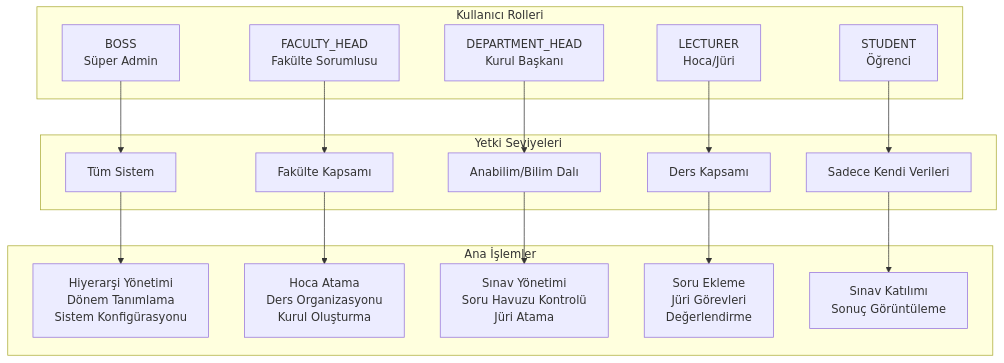
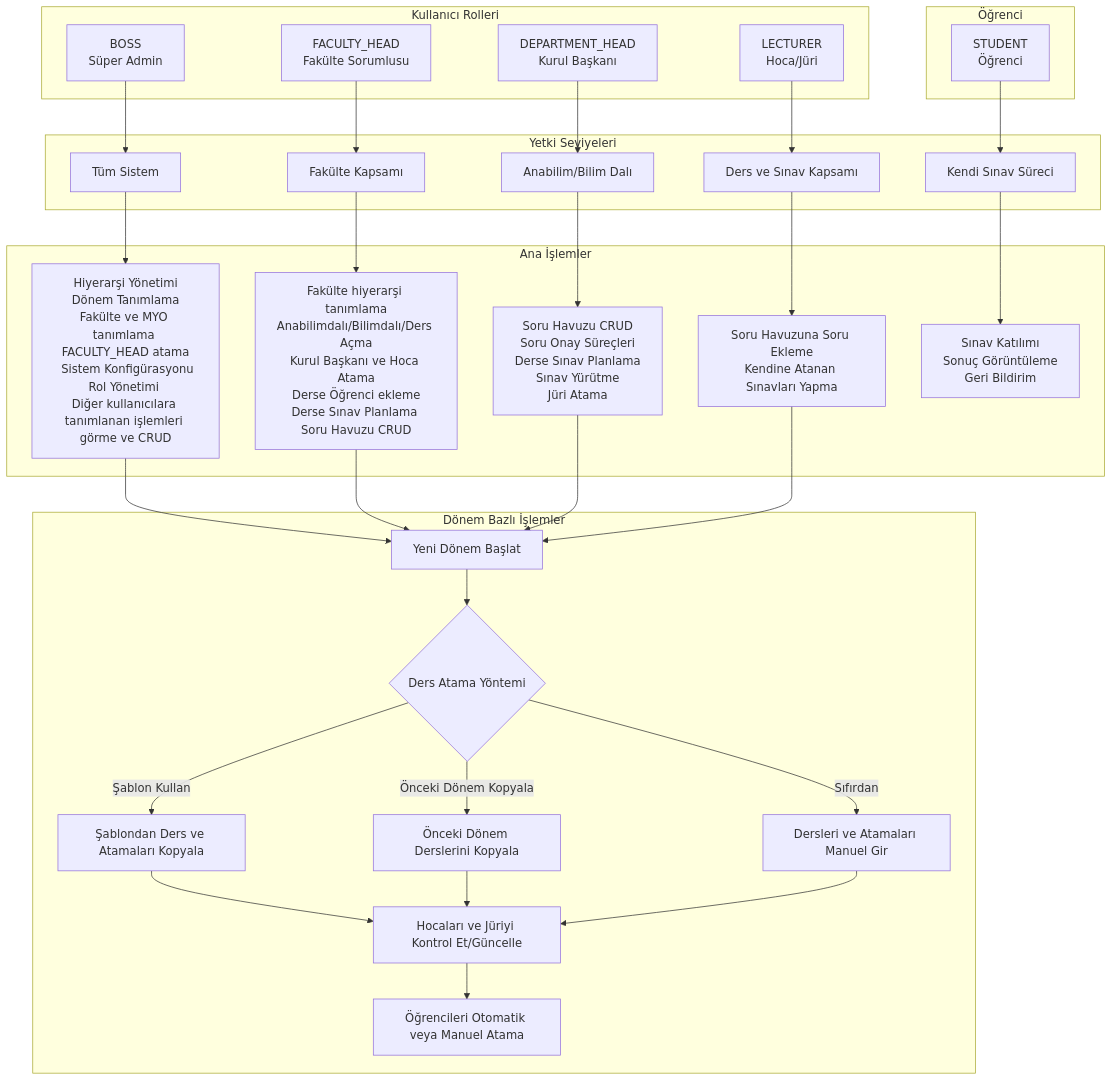
The second of 16 diagrams in README.md (erdincyasar/vivavoice), drawn with Mermaid before and after one commit. The commit also changed other lines of this file, not shown here.

````diff
--- a/README.md
+++ b/README.md
@@ -237,26 +237,47 @@
 ```mermaid
 flowchart TB
     subgraph "Kullanıcı Rolleri"
         A[BOSS<br/>Süper Admin]
         B[FACULTY_HEAD<br/>Fakülte Sorumlusu]
         C[DEPARTMENT_HEAD<br/>Kurul Başkanı]
         D[LECTURER<br/>Hoca/Jüri]
+    end
+
+    subgraph "Öğrenci"
         E[STUDENT<br/>Öğrenci]
     end
     
     subgraph "Yetki Seviyeleri"
         A --> F[Tüm Sistem]
         B --> G[Fakülte Kapsamı]
         C --> H[Anabilim/Bilim Dalı]
-        D --> I[Ders Kapsamı]
-        E --> J[Sadece Kendi Verileri]
+        D --> I[Ders ve Sınav Kapsamı]
+        E --> J[Kendi Sınav Süreci]
     end
     
     subgraph "Ana İşlemler"
-        F --> K[Hiyerarşi Yönetimi<br/>Dönem Tanımlama<br/>Sistem Konfigürasyonu]
-        G --> L[Hoca Atama<br/>Ders Organizasyonu<br/>Kurul Oluşturma]
-        H --> M[Sınav Yönetimi<br/>Soru Havuzu Kontrolü<br/>Jüri Atama]
-        I --> N[Soru Ekleme<br/>Jüri Görevleri<br/>Değerlendirme]
-        J --> O[Sınav Katılımı<br/>Sonuç Görüntüleme]
+        F --> K[Hiyerarşi Yönetimi<br/>Dönem Tanımlama<br/>Fakülte ve MYO tanımlama <br/>FACULTY_HEAD atama<br/> Sistem Konfigürasyonu<br/>Rol Yönetimi <br/>Diğer kullanıcılara tanımlanan işlemleri görme ve CRUD]
+        G --> L[Fakülte hiyerarşi tanımlama<br/>Anabilimdalı/Bilimdalı/Ders Açma<br/>Kurul Başkanı ve Hoca Atama<br/>Derse Öğrenci ekleme<br/>Derse Sınav Planlama <br/>Soru Havuzu CRUD]
+        H --> M[Soru Havuzu CRUD<br/>Soru Onay Süreçleri<br/>Derse Sınav Planlama<br/>Sınav Yürütme <br/>Jüri Atama]
+        I --> N[Soru Havuzuna Soru Ekleme<br/>Kendine Atanan Sınavları Yapma]
+        J --> O[Sınav Katılımı<br/>Sonuç Görüntüleme<br/>Geri Bildirim]
     end
+
+    subgraph "Dönem Bazlı İşlemler"
+        P[Yeni Dönem Başlat] --> Q{Ders Atama Yöntemi}
+        Q -->|Şablon Kullan| R[Şablondan Ders ve Atamaları Kopyala]
+        Q -->|Önceki Dönem Kopyala| S[Önceki Dönem Derslerini Kopyala]
+        Q -->|Sıfırdan| T[Dersleri ve Atamaları Manuel Gir]
+        R --> U[Hocaları ve Jüriyi Kontrol Et/Güncelle]
+        S --> U
+        T --> U
+        U --> V[Öğrencileri Otomatik veya Manuel Atama]
+    end
+
+    %% İlişkiler
+    K --> P
+    L --> P
+    M --> P
+    N --> P
+
 ```
````
